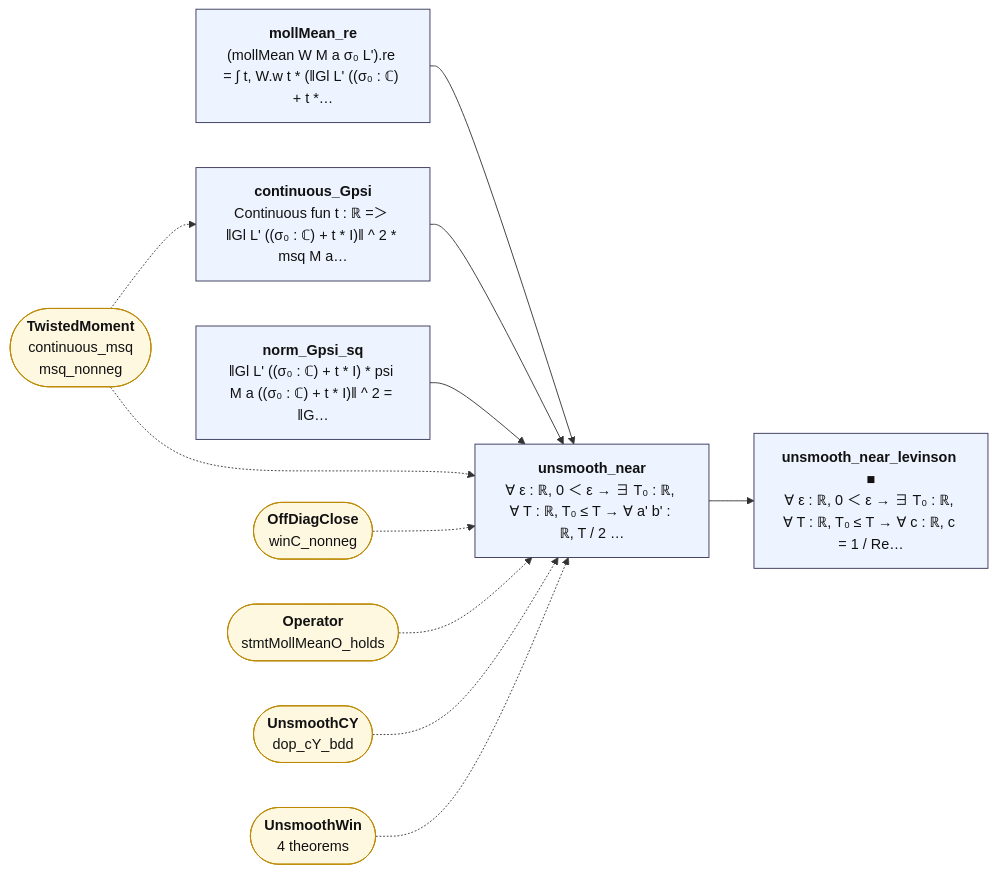
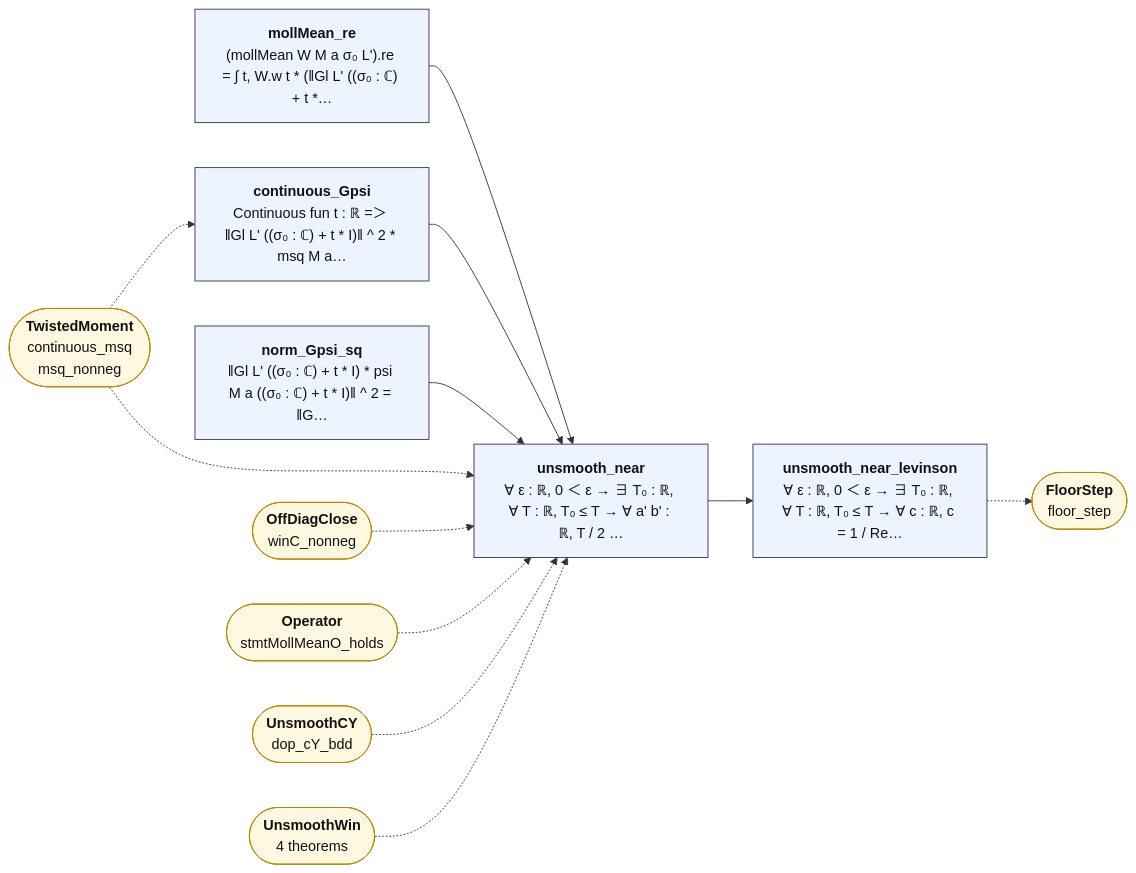
Before and after one commit to juliansambranojr/Primebeat_081426: the diagram in map/lean_stage3/Unsmooth.mmd, drawn with Mermaid. The commit also changed 31 other files, not shown here.

```diff
--- a/map/lean_stage3/Unsmooth.mmd
+++ b/map/lean_stage3/Unsmooth.mmd
@@ -1,29 +1,31 @@
 flowchart LR
   n0["<b>mollMean_re</b><br/>(mollMean W M a σ₀ L').re = ∫ t, W.w t * (‖Gl L' ((σ₀ : ℂ) + t *…"]:::thm
   n1["<b>continuous_Gpsi</b><br/>Continuous fun t : ℝ =＞ ‖Gl L' ((σ₀ : ℂ) + t * I)‖ ^ 2 * msq M a…"]:::thm
   n2["<b>norm_Gpsi_sq</b><br/>‖Gl L' ((σ₀ : ℂ) + t * I) * psi M a ((σ₀ : ℂ) + t * I)‖ ^ 2 = ‖G…"]:::thm
   n3["<b>unsmooth_near</b><br/>∀ ε : ℝ, 0 ＜ ε → ∃ T₀ : ℝ, ∀ T : ℝ, T₀ ≤ T → ∀ a' b' : ℝ, T / 2 …"]:::thm
-  n4["<b>unsmooth_near_levinson ■</b><br/>∀ ε : ℝ, 0 ＜ ε → ∃ T₀ : ℝ, ∀ T : ℝ, T₀ ≤ T → ∀ c : ℝ, c = 1 / Re…"]:::thm
+  n4["<b>unsmooth_near_levinson</b><br/>∀ ε : ℝ, 0 ＜ ε → ∃ T₀ : ℝ, ∀ T : ℝ, T₀ ≤ T → ∀ c : ℝ, c = 1 / Re…"]:::thm
   x0(["<b>TwistedMoment</b><br/>continuous_msq<br/>msq_nonneg"]):::ext
   x1(["<b>OffDiagClose</b><br/>winC_nonneg"]):::ext
   x2(["<b>Operator</b><br/>stmtMollMeanO_holds"]):::ext
   x3(["<b>UnsmoothCY</b><br/>dop_cY_bdd"]):::ext
   x4(["<b>UnsmoothWin</b><br/>4 theorems"]):::ext
+  x5(["<b>FloorStep</b><br/>floor_step"]):::ext
   n0 --> n3
   n1 --> n3
   n2 --> n3
   n3 --> n4
+  n4 -.-> x5
   x0 -.-> n1
   x0 -.-> n3
   x1 -.-> n3
   x2 -.-> n3
   x3 -.-> n3
   x4 -.-> n3
   classDef cnt fill:#dff5ec,stroke:#17694a,color:#111
   classDef shp fill:#f1ecfb,stroke:#5b3fa0,color:#111
   classDef rh fill:#ffe5e5,stroke:#c22,color:#111,stroke-width:2px
   classDef thm fill:#eef4ff,stroke:#335,color:#111
   classDef end_ fill:#e7f7e7,stroke:#2a7,color:#111,stroke-width:2px
   classDef lone fill:#fff,stroke:#999,color:#111,stroke-dasharray:4 3
   classDef bad fill:#ffe5e5,stroke:#c22,color:#111,stroke-width:2px
   classDef ext fill:#fff8e1,stroke:#b80,color:#111
```
